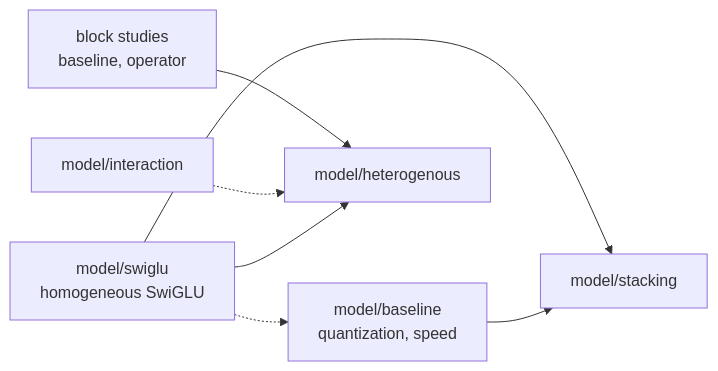
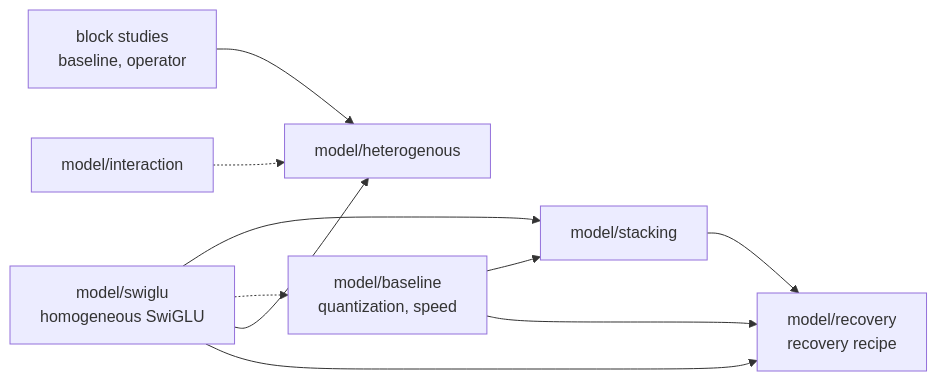
The first of 2 diagrams in docs/experiments/dependencies.md (Sammuel21/diploma-thesis-block-replacement), drawn with Mermaid before and after one commit. The commit also changed other lines of this file and 34 other files, not shown here.

Commit message:
recovery workflow implementation: stacking vs INT3 - new strategy - SWD

````diff
--- a/docs/experiments/dependencies.md
+++ b/docs/experiments/dependencies.md
@@ -18,9 +18,12 @@
 ```mermaid
 flowchart LR
   swiglu[model/swiglu<br/>homogeneous SwiGLU] --> stacking[model/stacking]
   baseline[model/baseline<br/>quantization, speed] --> stacking
   swiglu -.-> baseline
   block[block studies<br/>baseline, operator] --> hetero[model/heterogenous]
   interaction[model/interaction] -.-> hetero
   swiglu --> hetero
+  baseline --> recovery[model/recovery<br/>recovery recipe]
+  stacking --> recovery
+  swiglu --> recovery
 ```
````
